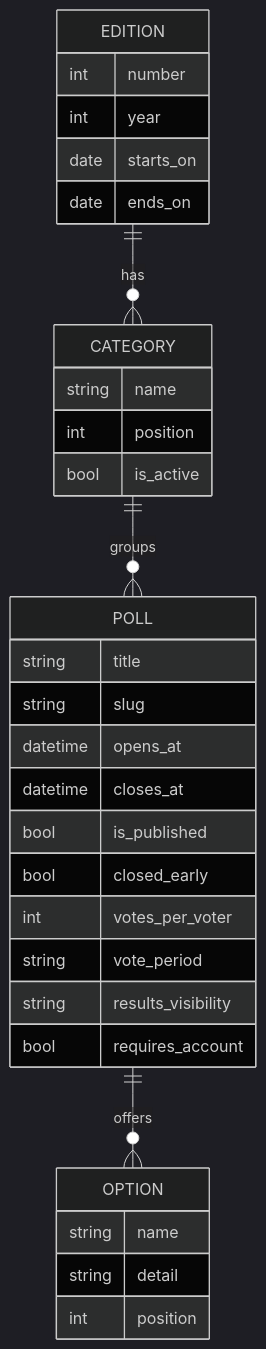
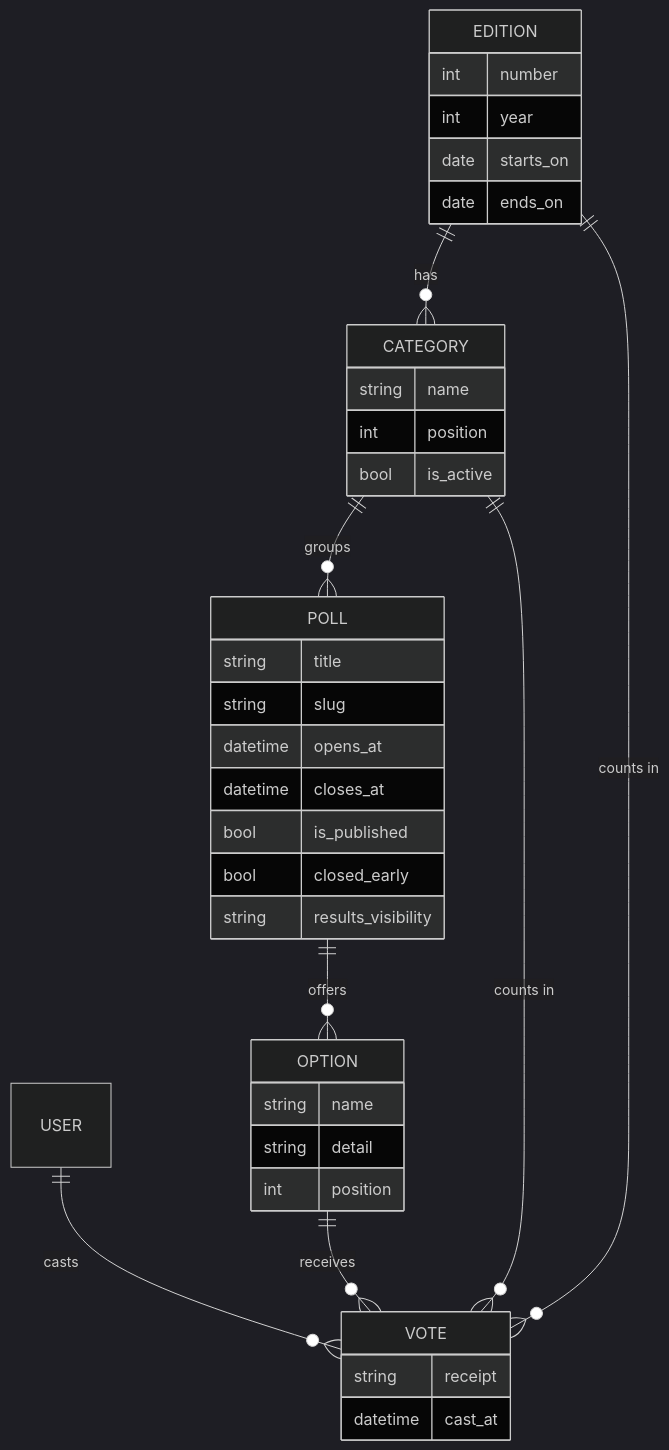
Before and after one commit to jsanchez542-hub/vallenata-festival-voting-system: the diagram in backend/README.md, drawn with Mermaid (dark theme). The commit also changed other lines of this file and 3 other files, not shown here.

````diff
--- a/backend/README.md
+++ b/backend/README.md
@@ -95,34 +136,39 @@
 ```mermaid
 erDiagram
     EDITION ||--o{ CATEGORY : has
     CATEGORY ||--o{ POLL : groups
     POLL ||--o{ OPTION : offers
+    USER ||--o{ VOTE : casts
+    OPTION ||--o{ VOTE : receives
+    CATEGORY ||--o{ VOTE : "counts in"
+    EDITION ||--o{ VOTE : "counts in"
     EDITION {
         int number
         int year
         date starts_on
         date ends_on
     }
     CATEGORY {
         string name
         int position
         bool is_active
     }
     POLL {
         string title
         string slug
         datetime opens_at
         datetime closes_at
         bool is_published
         bool closed_early
-        int votes_per_voter
-        string vote_period
         string results_visibility
-        bool requires_account
     }
     OPTION {
         string name
         string detail
         int position
     }
+    VOTE {
+        string receipt
+        datetime cast_at
+    }
 ```
````
